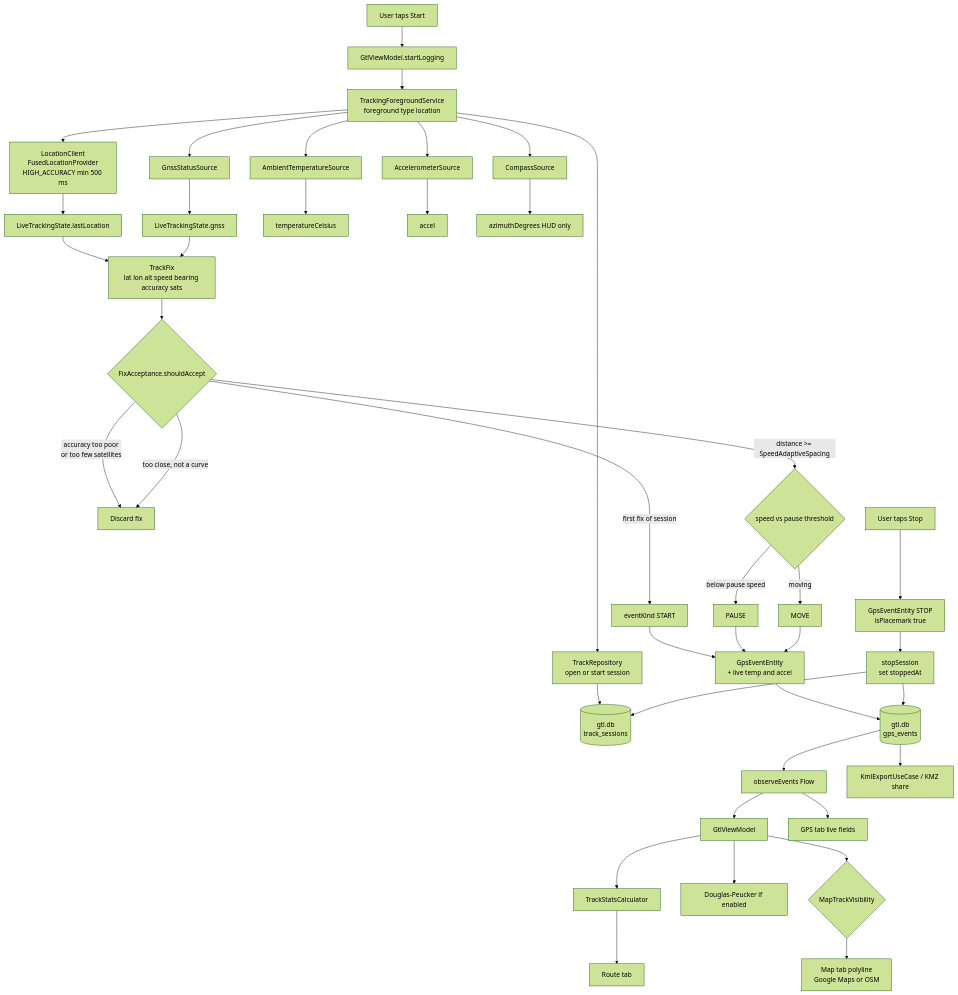
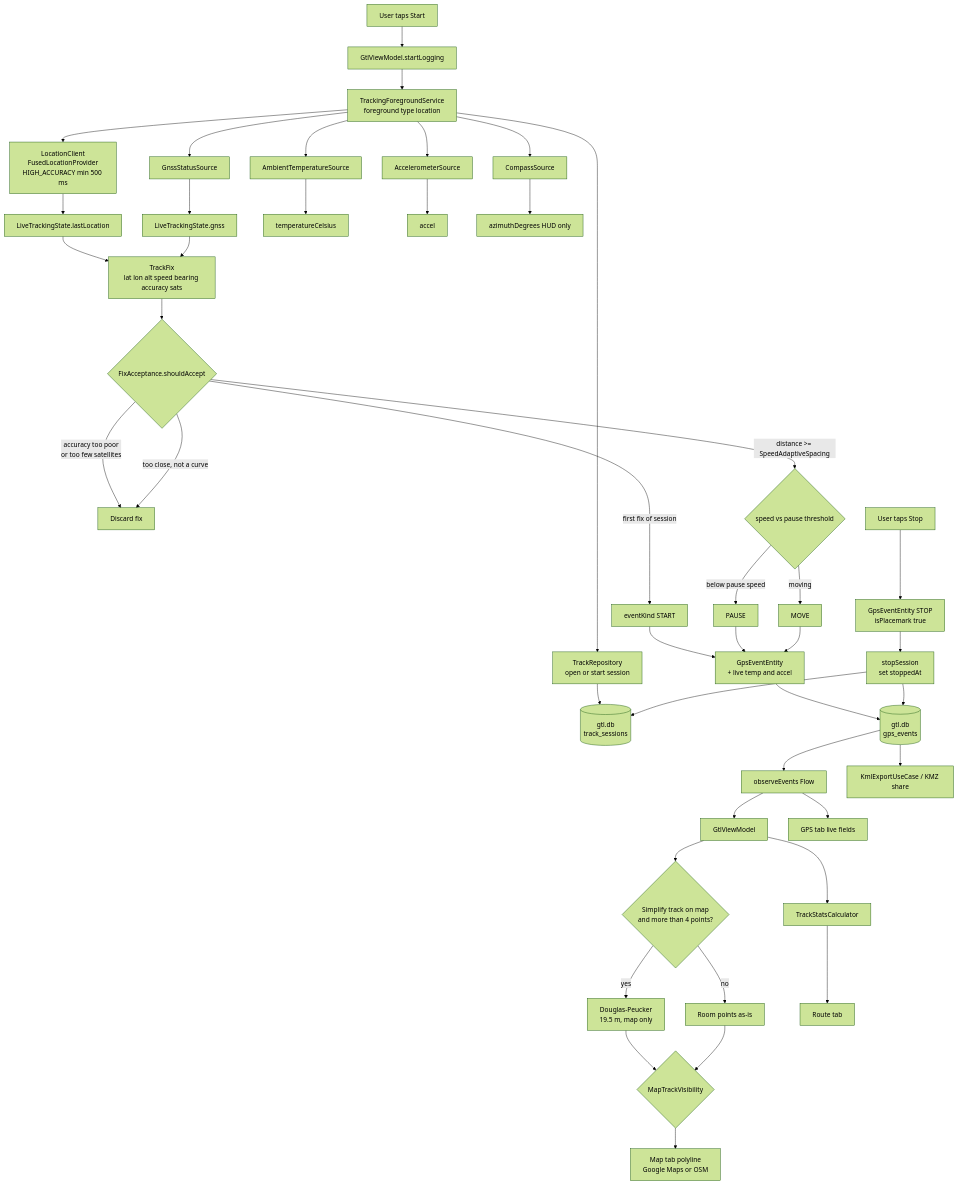
The diagram in docs/GPSDATAFLOW-en.md (lkovari/gtl), drawn with Mermaid (forest theme) before and after one commit. The commit also changed other lines of this file and 3 other files, not shown here.

````diff
--- a/docs/GPSDATAFLOW-en.md
+++ b/docs/GPSDATAFLOW-en.md
@@ -5,52 +5,55 @@
 ```mermaid
 flowchart TD
     User["User taps Start"] --> VM["GtlViewModel.startLogging"]
     VM --> FGS["TrackingForegroundService<br/>foreground type location"]
     FGS --> Sess["TrackRepository<br/>open or start session"]
     Sess --> DBSess[("gtl.db<br/>track_sessions")]
 
     FGS --> Loc["LocationClient<br/>FusedLocationProvider<br/>HIGH_ACCURACY min 500 ms"]
     FGS --> Gnss["GnssStatusSource"]
     FGS --> Temp["AmbientTemperatureSource"]
     FGS --> Acc["AccelerometerSource"]
     FGS --> Comp["CompassSource"]
 
     Loc --> LiveLoc["LiveTrackingState.lastLocation"]
     Gnss --> LiveGnss["LiveTrackingState.gnss"]
     Temp --> LiveTemp["temperatureCelsius"]
     Acc --> LiveAcc["accel"]
     Comp --> LiveAz["azimuthDegrees HUD only"]
 
     LiveLoc --> Fix["TrackFix<br/>lat lon alt speed bearing accuracy sats"]
     LiveGnss --> Fix
     Fix --> Gate{"FixAcceptance.shouldAccept"}
 
     Gate -->|"accuracy too poor<br/>or too few satellites"| Drop["Discard fix"]
     Gate -->|"first fix of session"| KindStart["eventKind START"]
     Gate -->|"distance >= SpeedAdaptiveSpacing"| KindMove{"speed vs pause threshold"}
     Gate -->|"too close, not a curve"| Drop
 
     KindMove -->|"below pause speed"| KindPause["PAUSE"]
     KindMove -->|"moving"| KindGo["MOVE"]
 
     KindStart --> Row["GpsEventEntity<br/>+ live temp and accel"]
     KindPause --> Row
     KindGo --> Row
 
     UserStop["User taps Stop"] --> StopRow["GpsEventEntity STOP<br/>isPlacemark true"]
     StopRow --> Close["stopSession<br/>set stoppedAt"]
 
     Row --> DBevt[("gtl.db<br/>gps_events")]
     Close --> DBevt
     Close --> DBSess
 
     DBevt --> Observe["observeEvents Flow"]
     Observe --> VM2["GtlViewModel"]
     VM2 --> Stats["TrackStatsCalculator"]
-    VM2 --> Simpl["Douglas-Peucker if enabled"]
-    VM2 --> Vis{"MapTrackVisibility"}
+    VM2 --> Display{"Simplify track on map<br/>and more than 4 points?"}
+    Display -->|"yes"| Simpl["Douglas-Peucker<br/>19.5 m, map only"]
+    Display -->|"no"| RawPts["Room points as-is"]
+    Simpl --> Vis{"MapTrackVisibility"}
+    RawPts --> Vis
     Vis --> Map["Map tab polyline<br/>Google Maps or OSM"]
     Stats --> Route["Route tab"]
     Observe --> GPSUI["GPS tab live fields"]
     DBevt --> KMZ["KmlExportUseCase / KMZ share"]
 ```
````
